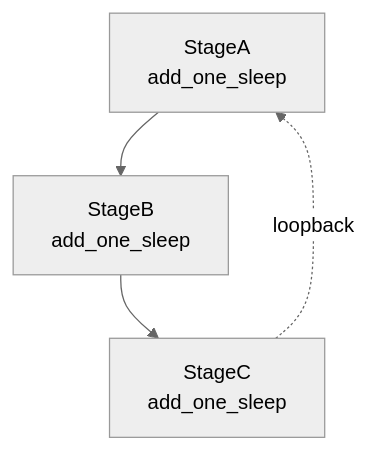
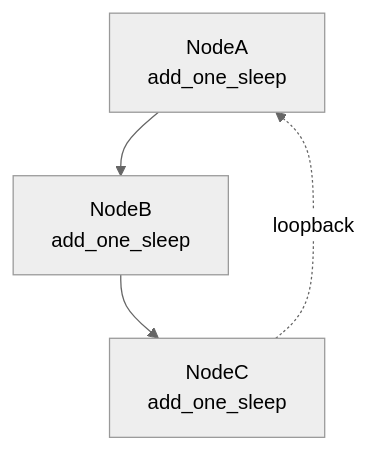
One commit to Mr-xiaotian/CelestialFlow changed the seventh of 10 diagrams in docs/en/demo/demo_structure.md. Above: the diagram before and after it, drawn with Mermaid (neutral theme). The commit also changed other lines of this file and 211 other files, not shown here.

````diff
--- a/docs/en/demo/demo_structure.md
+++ b/docs/en/demo/demo_structure.md
@@ -158,6 +159,6 @@
 ```mermaid
 flowchart TD
-    A["StageA<br/>add_one_sleep"] --> B["StageB<br/>add_one_sleep"]
-    B --> C["StageC<br/>add_one_sleep"]
+    A["NodeA<br/>add_one_sleep"] --> B["NodeB<br/>add_one_sleep"]
+    B --> C["NodeC<br/>add_one_sleep"]
     C -.->|loopback| A
 ```
````
